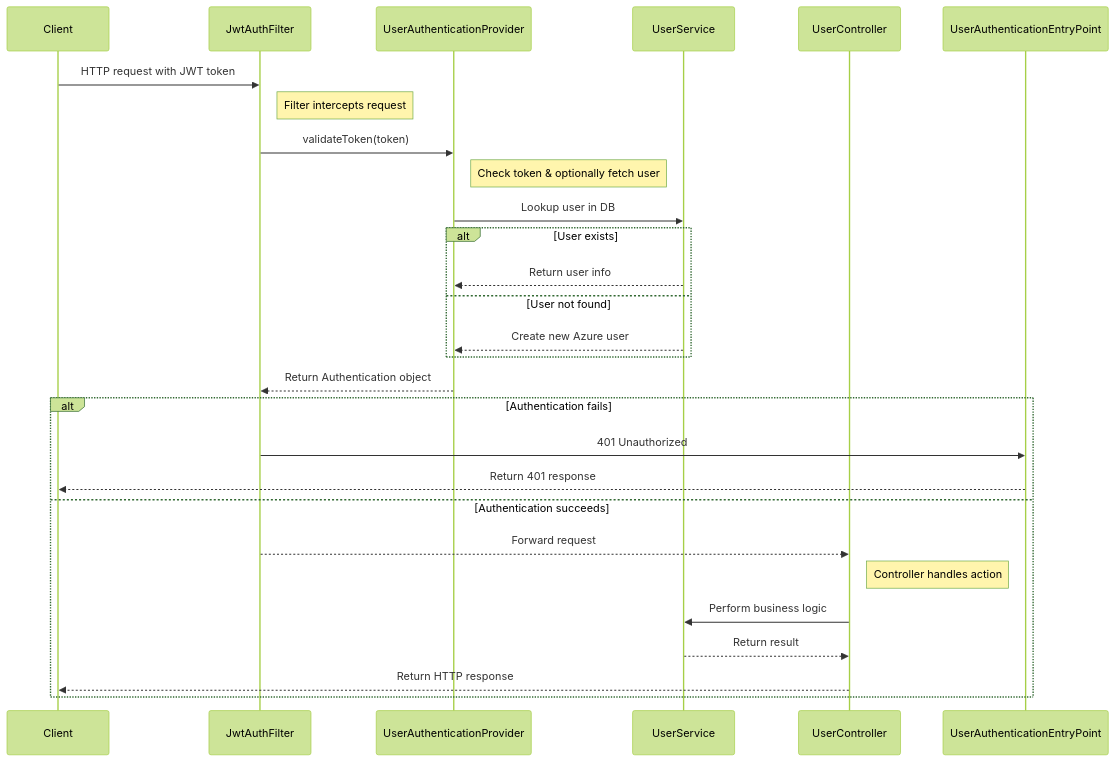
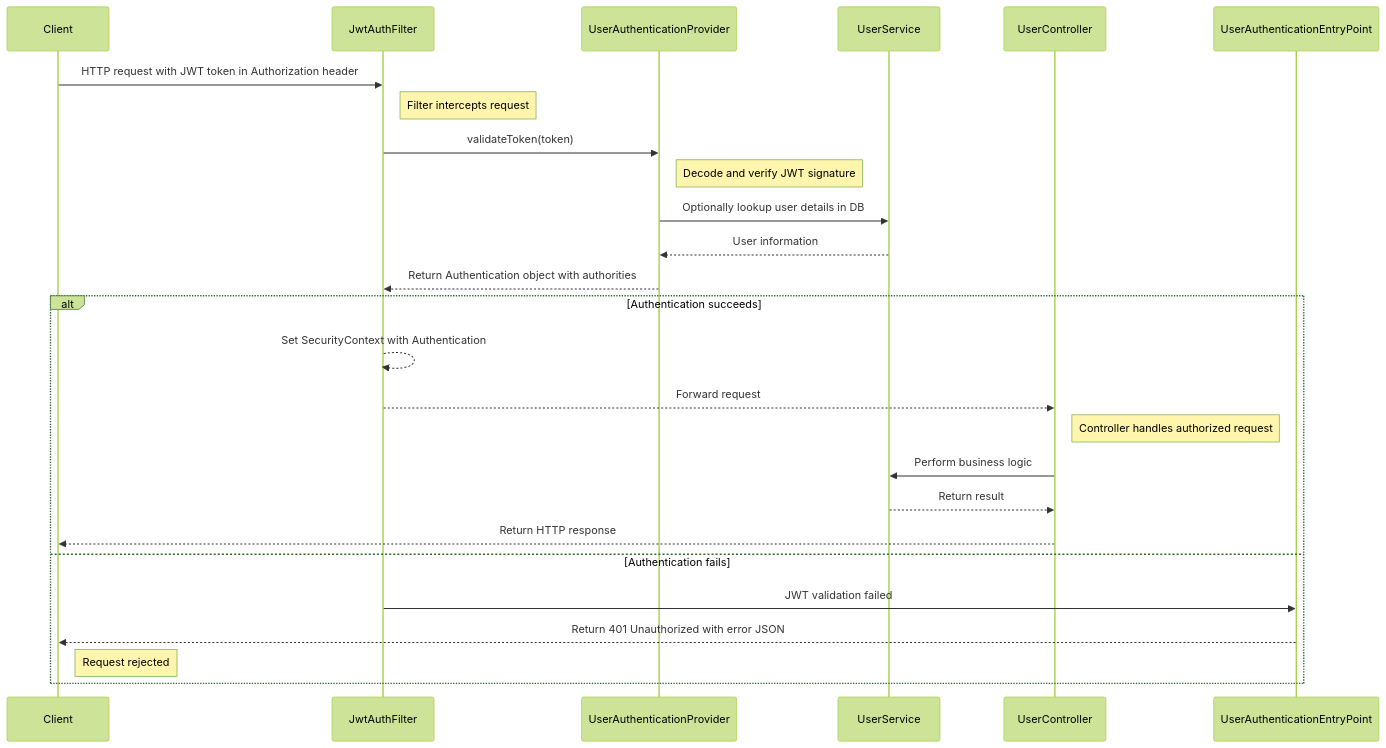
The fifth of 5 diagrams in doc/process-documentation.md (OrifInformatique/template_frontback), drawn with Mermaid (forest theme) before and after one commit. The commit also changed other lines of this file, not shown here.

````diff
--- a/doc/process-documentation.md
+++ b/doc/process-documentation.md
@@ -286,31 +293,29 @@
 ```mermaid
 sequenceDiagram
     participant Client
     participant JwtAuthFilter
     participant UserAuthenticationProvider
     participant UserService
     participant UserController
     participant UserAuthenticationEntryPoint
 
-    Client->>JwtAuthFilter: HTTP request with JWT token
+    Client->>JwtAuthFilter: HTTP request with JWT token in Authorization header
     note right of JwtAuthFilter: Filter intercepts request
     JwtAuthFilter->>UserAuthenticationProvider: validateToken(token)
-    note right of UserAuthenticationProvider: Check token & optionally fetch user
-    UserAuthenticationProvider->>UserService: Lookup user in DB
-    alt User exists
-        UserService-->>UserAuthenticationProvider: Return user info
-    else User not found
-        UserService-->>UserAuthenticationProvider: Create new Azure user
-    end
-    UserAuthenticationProvider-->>JwtAuthFilter: Return Authentication object
-    alt Authentication fails
-        JwtAuthFilter->>UserAuthenticationEntryPoint: 401 Unauthorized
-        UserAuthenticationEntryPoint-->>Client: Return 401 response
-    else Authentication succeeds
+    note right of UserAuthenticationProvider: Decode and verify JWT signature
+    UserAuthenticationProvider->>UserService: Optionally lookup user details in DB
+    UserService-->>UserAuthenticationProvider: User information
+    UserAuthenticationProvider-->>JwtAuthFilter: Return Authentication object with authorities
+    alt Authentication succeeds
+        JwtAuthFilter-->>JwtAuthFilter: Set SecurityContext with Authentication
         JwtAuthFilter-->>UserController: Forward request
-        note right of UserController: Controller handles action
+        note right of UserController: Controller handles authorized request
         UserController->>UserService: Perform business logic
         UserService-->>UserController: Return result
         UserController-->>Client: Return HTTP response
+    else Authentication fails
+        JwtAuthFilter->>UserAuthenticationEntryPoint: JWT validation failed
+        UserAuthenticationEntryPoint-->>Client: Return 401 Unauthorized with error JSON 
+        note right of Client: Request rejected
     end
 ```
````
